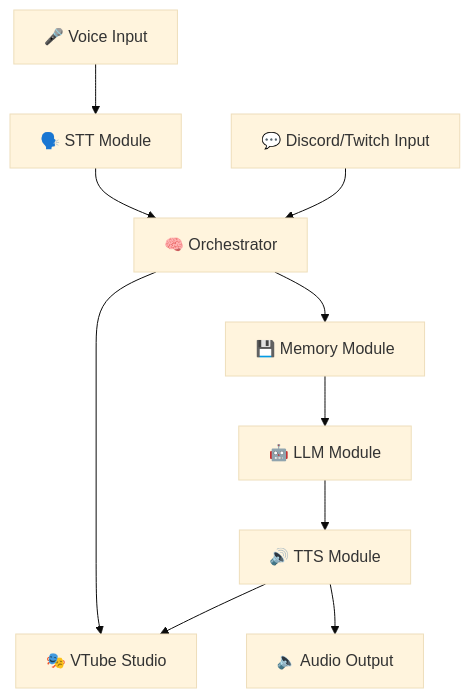
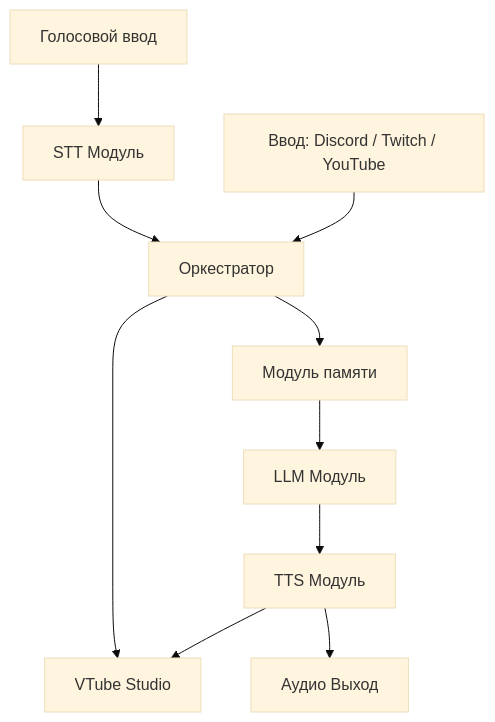
Before and after one commit to BBQQYT/Vel4Twi: the diagram in README.md, drawn with Mermaid (base theme). The commit also changed other lines of this file, not shown here.

Commit message:
Update README.md with soft aesthetic, current roadmap, and startup scripts

````diff
--- a/README.md
+++ b/README.md
@@ -116,12 +109,12 @@
 ```mermaid
 graph TB
-    A[💬 Discord/Twitch Input] --> B[🧠 Orchestrator]
-    C[🎤 Voice Input] --> D[🗣️ STT Module]
+    A[ Ввод: Discord / Twitch / YouTube ] --> B[ Оркестратор ]
+    C[ Голосовой ввод ] --> D[ STT Модуль ]
     D --> B
-    B --> E[💾 Memory Module]
-    E --> F[🤖 LLM Module]
-    F --> G[🔊 TTS Module]
-    G --> H[🎭 VTube Studio]
-    G --> I[🔈 Audio Output]
+    B --> E[ Модуль памяти ]
+    E --> F[ LLM Модуль ]
+    F --> G[ TTS Модуль ]
+    G --> H[ VTube Studio ]
+    G --> I[ Аудио Выход ]
     B --> H
 ```
````
